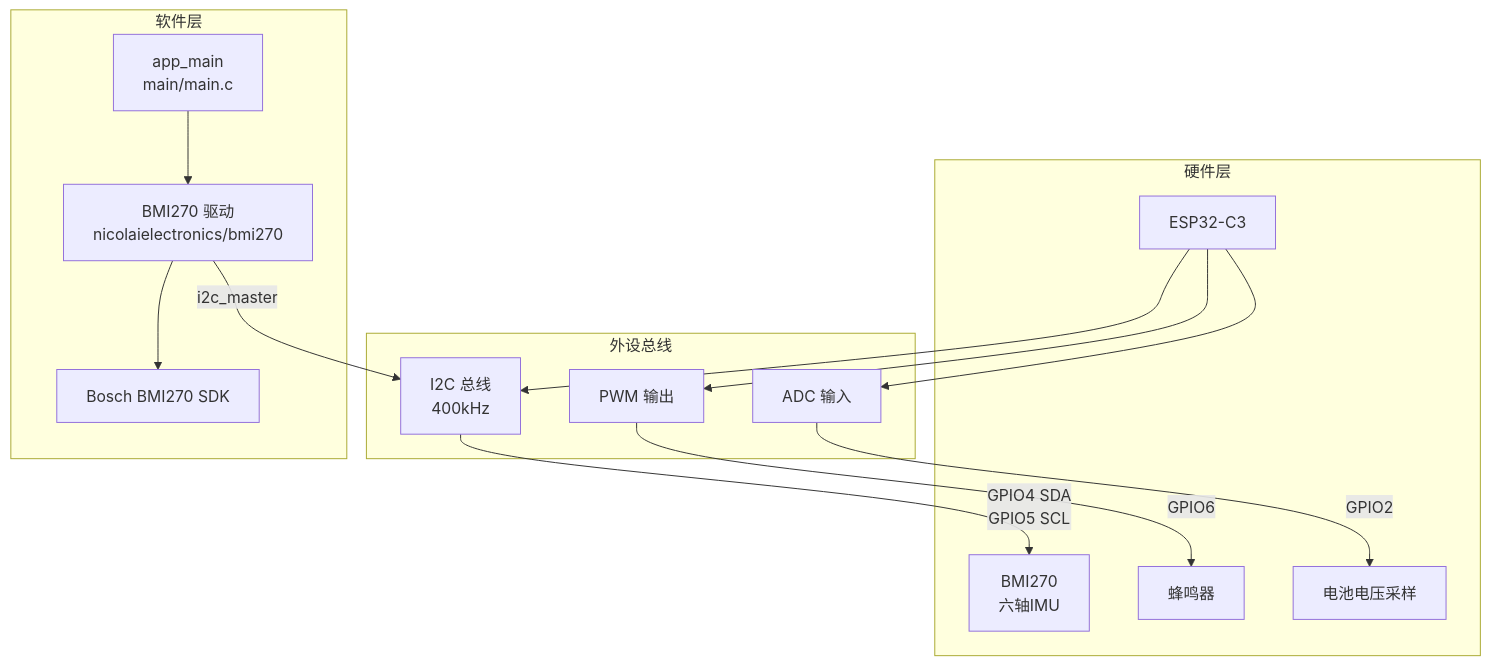
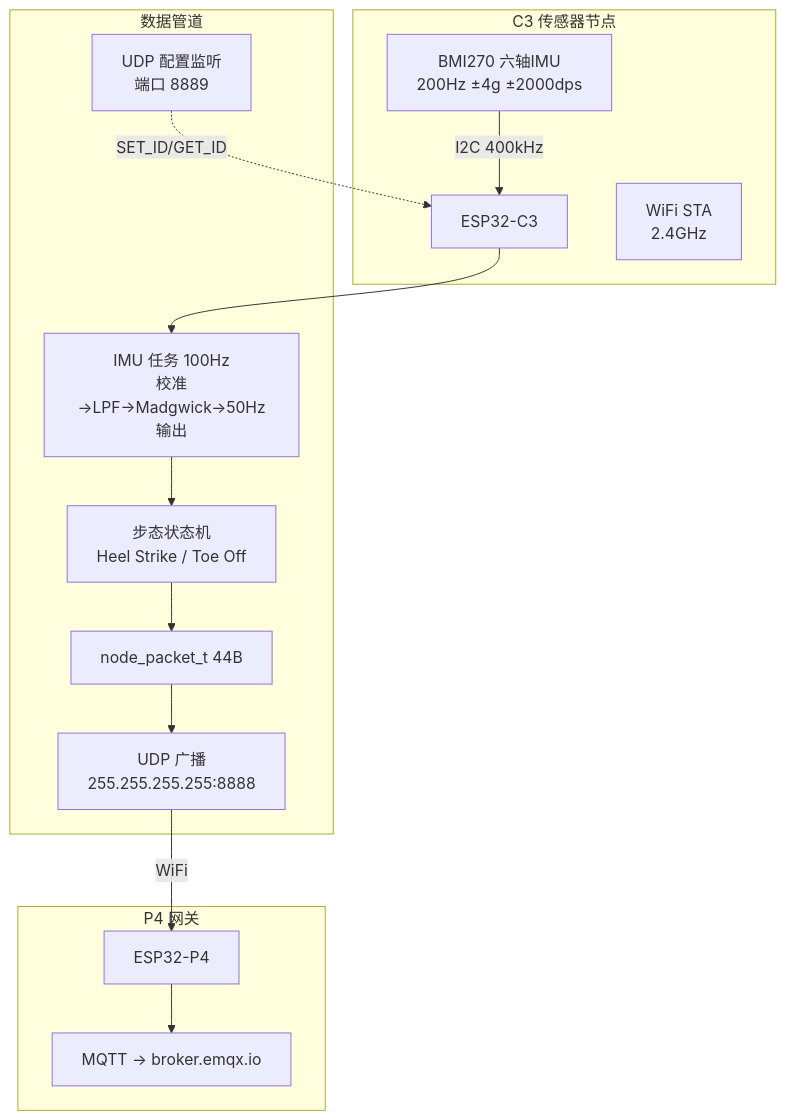
Before and after one commit to dangerous-nagisa/smartKeep_c3: the diagram in CLAUDE.md, drawn with Mermaid. The commit also changed other lines of this file and 3 other files, not shown here.

````diff
--- a/CLAUDE.md
+++ b/CLAUDE.md
@@ -17,33 +17,30 @@
 ```mermaid
 graph TB
-    subgraph 硬件层
+    subgraph C3 传感器节点
         MCU[ESP32-C3]
-        BMI270[BMI270<br/>六轴IMU]
-        BUZZER[蜂鸣器]
-        BATTERY[电池电压采样]
+        BMI270[BMI270 六轴IMU<br/>200Hz ±4g ±2000dps]
+        WIFI[WiFi STA<br/>2.4GHz]
     end
-    
-    subgraph 外设总线
-        I2C[I2C 总线<br/>400kHz]
-        PWM[PWM 输出]
-        ADC[ADC 输入]
+
+    subgraph 数据管道
+        IMU_TASK[IMU 任务 100Hz<br/>校准→LPF→Madgwick→50Hz输出]
+        GAIT[步态状态机<br/>Heel Strike / Toe Off]
+        PKT[node_packet_t 44B]
+        UDP_TX[UDP 广播<br/>255.255.255.255:8888]
+        CFG[UDP 配置监听<br/>端口 8889]
     end
-    
-    subgraph 软件层
-        APP[app_main<br/>main/main.c]
-        BMI_DRV[BMI270 驱动<br/>nicolaielectronics/bmi270]
-        BOSCH_SDK[Bosch BMI270 SDK]
+
+    subgraph P4 网关
+        P4[ESP32-P4]
+        MQTT[MQTT → broker.emqx.io]
     end
-    
-    MCU --> I2C
-    MCU --> PWM
-    MCU --> ADC
-    
-    I2C -->|GPIO4 SDA<br/>GPIO5 SCL| BMI270
-    PWM -->|GPIO6| BUZZER
-    ADC -->|GPIO2| BATTERY
-    
-    APP --> BMI_DRV
-    BMI_DRV --> BOSCH_SDK
-    BMI_DRV -->|i2c_master| I2C
+
+    BMI270 -->|I2C 400kHz| MCU
+    MCU --> IMU_TASK
+    IMU_TASK --> GAIT
+    GAIT --> PKT
+    PKT --> UDP_TX
+    UDP_TX -->|WiFi| P4
+    P4 --> MQTT
+    CFG -.->|SET_ID/GET_ID| MCU
 ```
````
